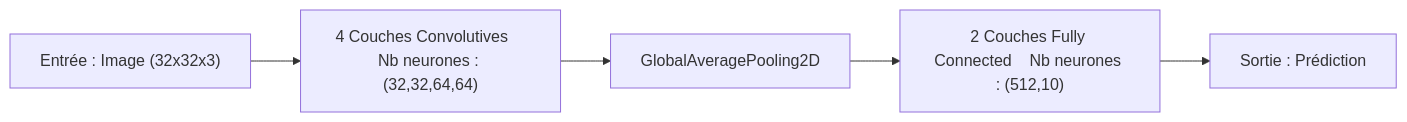
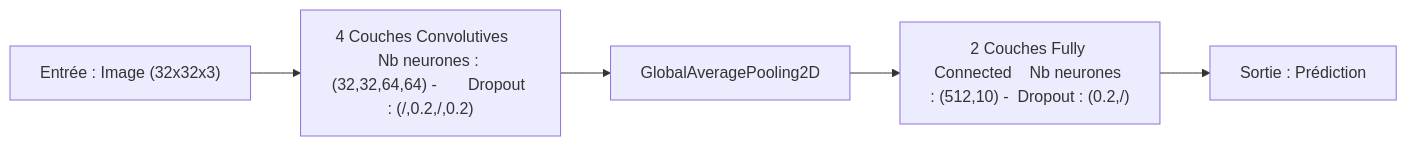
One commit to PaulGuillemin/embedded-AI-CIFAR-10 changed the seventh of 7 diagrams in README.md. Above: the diagram before and after it, drawn with Mermaid. The commit also changed other lines of this file, not shown here.

````diff
--- a/README.md
+++ b/README.md
@@ -216,7 +244,7 @@
 ```mermaid
 flowchart LR
-    A["Entrée : Image (32x32x3)"] --> B["4 Couches Convolutives    Nb neurones : (32,32,64,64)"]
+    A["Entrée : Image (32x32x3)"] --> B["4 Couches Convolutives    Nb neurones : (32,32,64,64) -       Dropout : (/,0.2,/,0.2)"]
     B --> C["GlobalAveragePooling2D"]
-    C --> D["2 Couches Fully Connected    Nb neurones : (512,10)"]
+    C --> D["2 Couches Fully Connected    Nb neurones : (512,10) -  Dropout : (0.2,/)"]
     D --> E["Sortie : Prédiction"]
 ```
````
